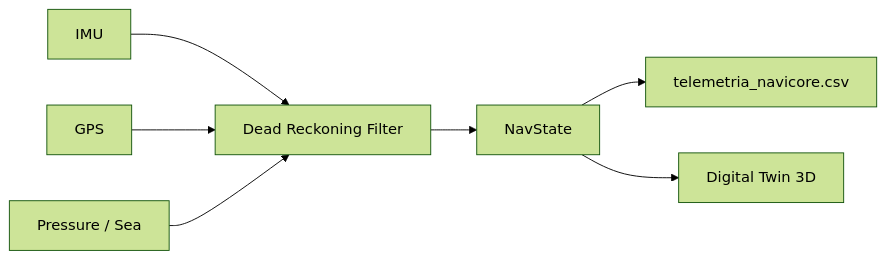
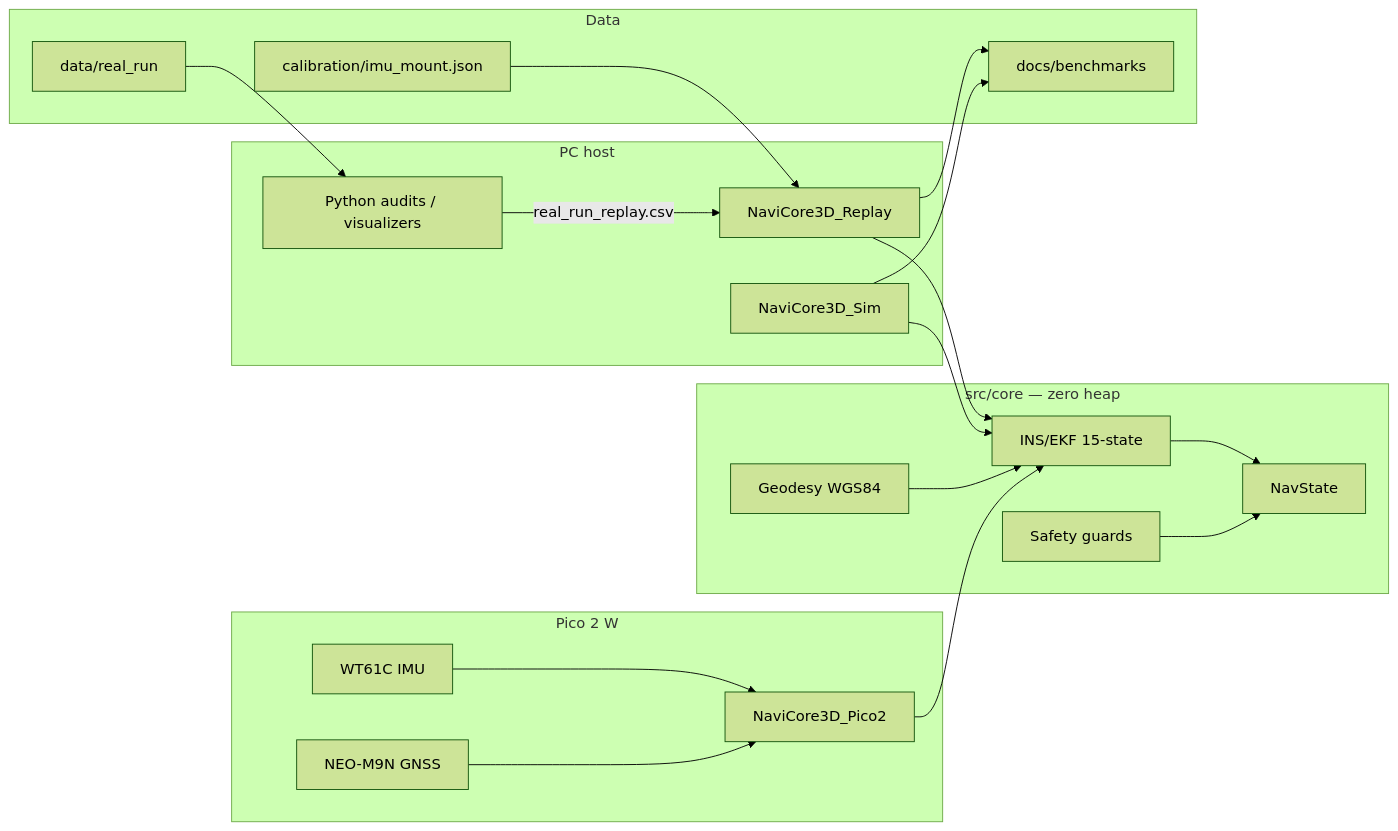
The diagram in README.md (Juanki58/NaviCore-3D), drawn with Mermaid (forest theme) before and after one commit. The commit also changed other lines of this file, not shown here.

Commit message:
Expand README with local quick start, replay pipeline, and GAP diagnostics map.

````diff
--- a/README.md
+++ b/README.md
@@ -99,9 +141,38 @@
 ```mermaid
 flowchart LR
-    IMU[IMU] --> DR[Dead Reckoning Filter]
-    GPS[GPS] --> DR
-    BARO[Pressure / Sea] --> DR
-    DR --> NS[NavState]
-    NS --> CSV[telemetria_navicore.csv]
-    NS --> DT[Digital Twin 3D]
+    subgraph Host["PC host"]
+        SIM[NaviCore3D_Sim]
+        REPLAY[NaviCore3D_Replay]
+        PY[Python audits / visualizers]
+    end
+    subgraph Core["src/core — zero heap"]
+        EKF[INS/EKF 15-state]
+        GEO[Geodesy WGS84]
+        NS[NavState]
+        GUARDS[Safety guards]
+    end
+    subgraph Data["Data"]
+        RR[data/real_run]
+        CAL[calibration/imu_mount.json]
+        CSV[docs/benchmarks]
+    end
+    subgraph Embedded["Pico 2 W"]
+        PICO[NaviCore3D_Pico2]
+        IMU[WT61C IMU]
+        GNSS[NEO-M9N GNSS]
+    end
+
+    RR --> PY
+    PY -->|real_run_replay.csv| REPLAY
+    CAL --> REPLAY
+    REPLAY --> EKF
+    SIM --> EKF
+    EKF --> NS
+    GEO --> EKF
+    GUARDS --> NS
+    REPLAY --> CSV
+    SIM --> CSV
+    IMU --> PICO
+    GNSS --> PICO
+    PICO --> EKF
 ```
````
